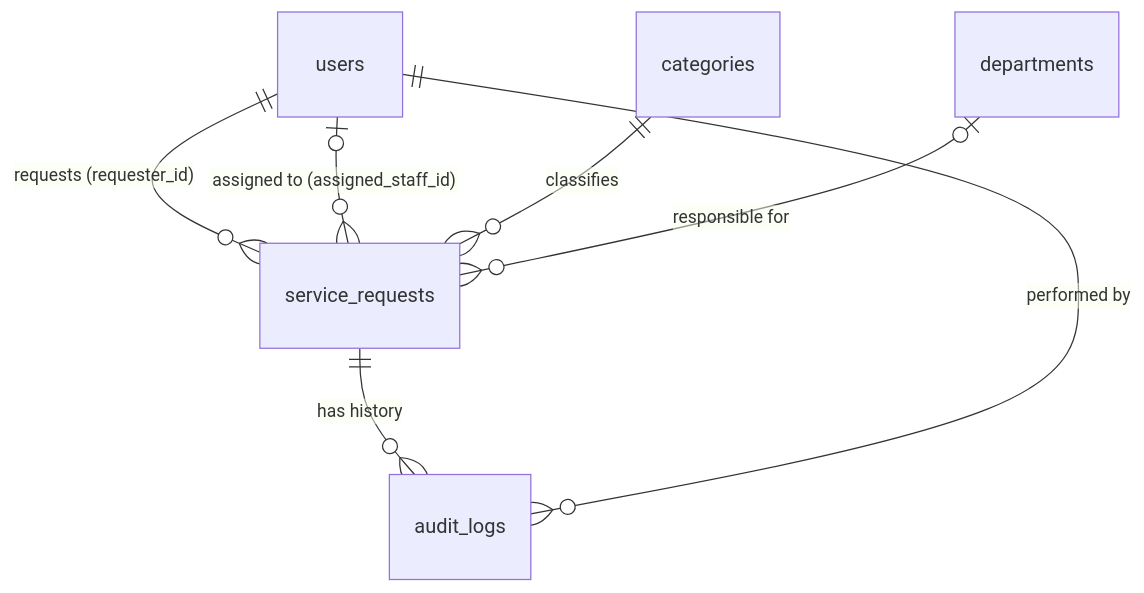
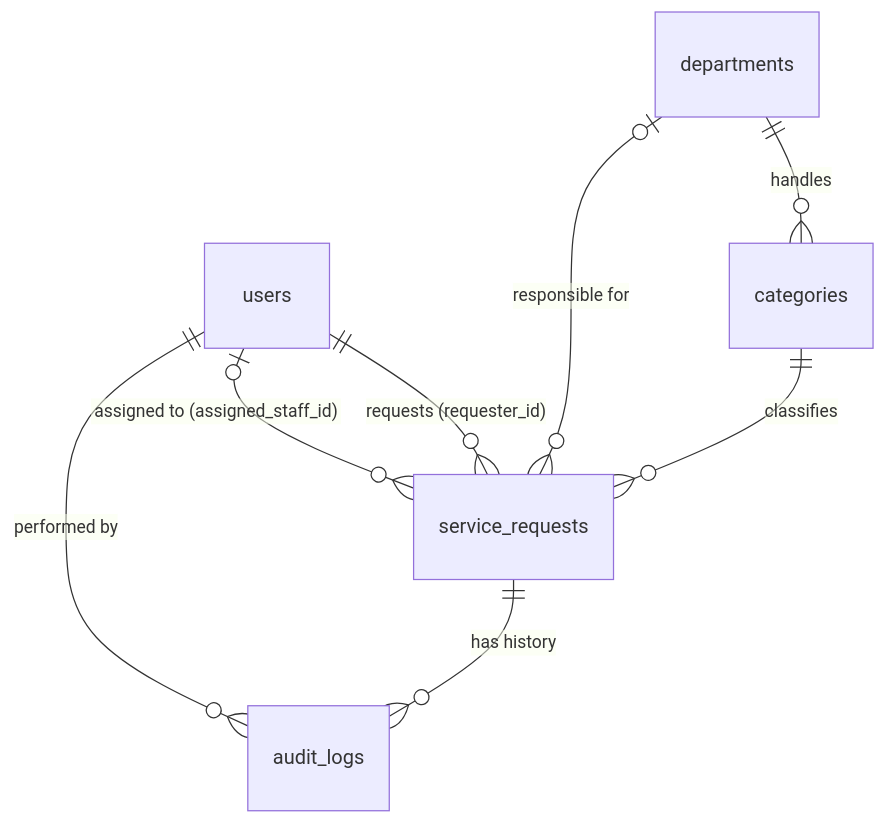
The diagram in docs/architecture/data-persistence-baseline.md (Drie-slimmies/CivicConnect), drawn with Mermaid before and after one commit. The commit also changed other lines of this file and 41 other files, not shown here.

````diff
--- a/docs/architecture/data-persistence-baseline.md
+++ b/docs/architecture/data-persistence-baseline.md
@@ -15,9 +15,10 @@
 ```mermaid
 erDiagram
     users ||--o{ service_requests : "requests (requester_id)"
     users |o--o{ service_requests : "assigned to (assigned_staff_id)"
     categories ||--o{ service_requests : "classifies"
+    departments ||--o{ categories : "handles"
     departments |o--o{ service_requests : "responsible for"
     service_requests ||--o{ audit_logs : "has history"
     users ||--o{ audit_logs : "performed by"
 ```
````
